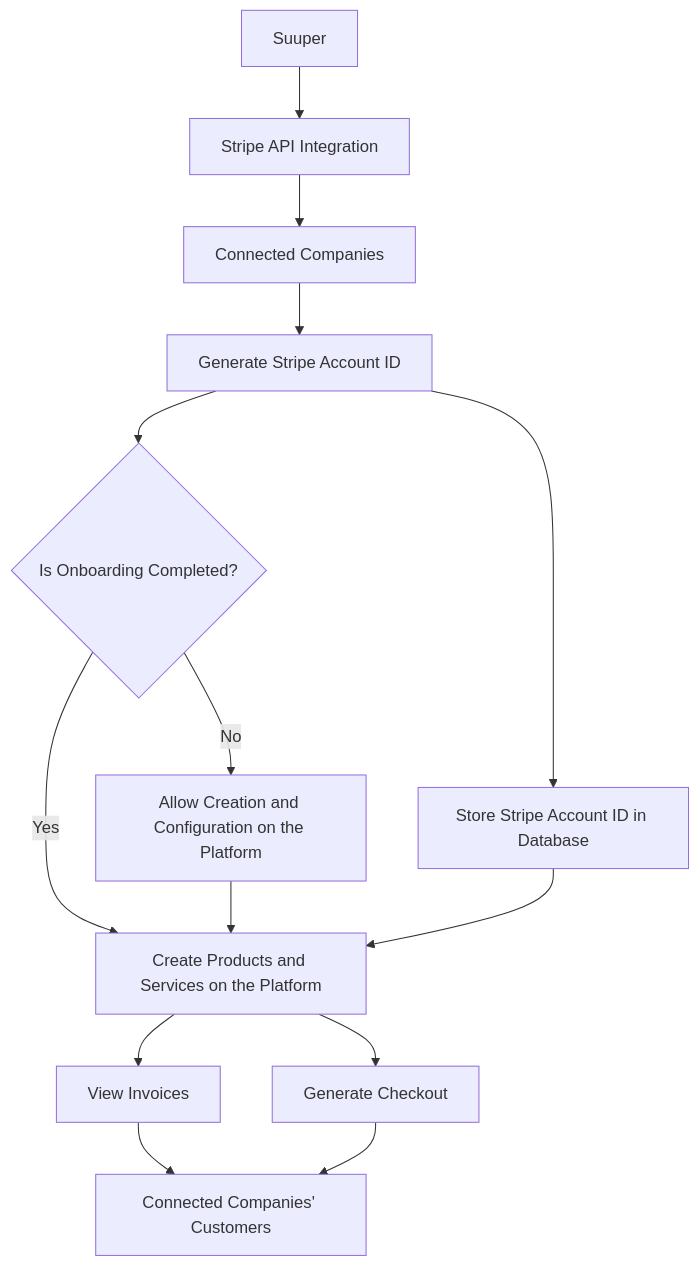
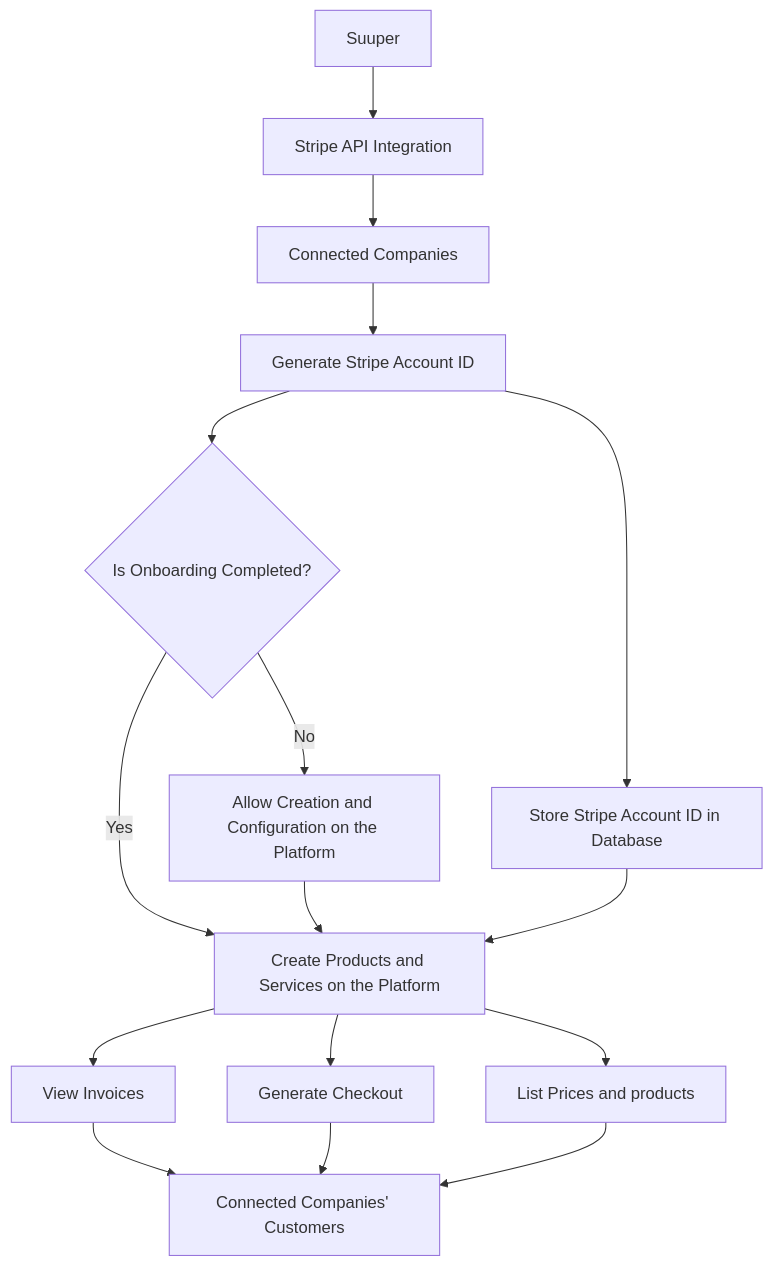
The diagram in README.md (SuuperSaees/SuuperSaees), drawn with Mermaid before and after one commit. The commit also changed 4 other files, not shown here.

````diff
--- a/README.md
+++ b/README.md
@@ -15,16 +15,18 @@
 ```mermaid
 graph TD;
     A[Suuper] --> B[Stripe API Integration];
     B --> C[Connected Companies];
     C --> D[Generate Stripe Account ID];
     D --> E{Is Onboarding Completed?};
     E -- No --> F[Allow Creation and Configuration on the Platform];
     E -- Yes --> G[Create Products and Services on the Platform];
     F --> G;
     D --> H[Store Stripe Account ID in Database];
     H --> G;
     G --> I[View Invoices];
+    G --> L[List Prices and products]
     G --> J[Generate Checkout];
     I --> K[Connected Companies' Customers];
     J --> K;
+    L --> K;
 ```
````
